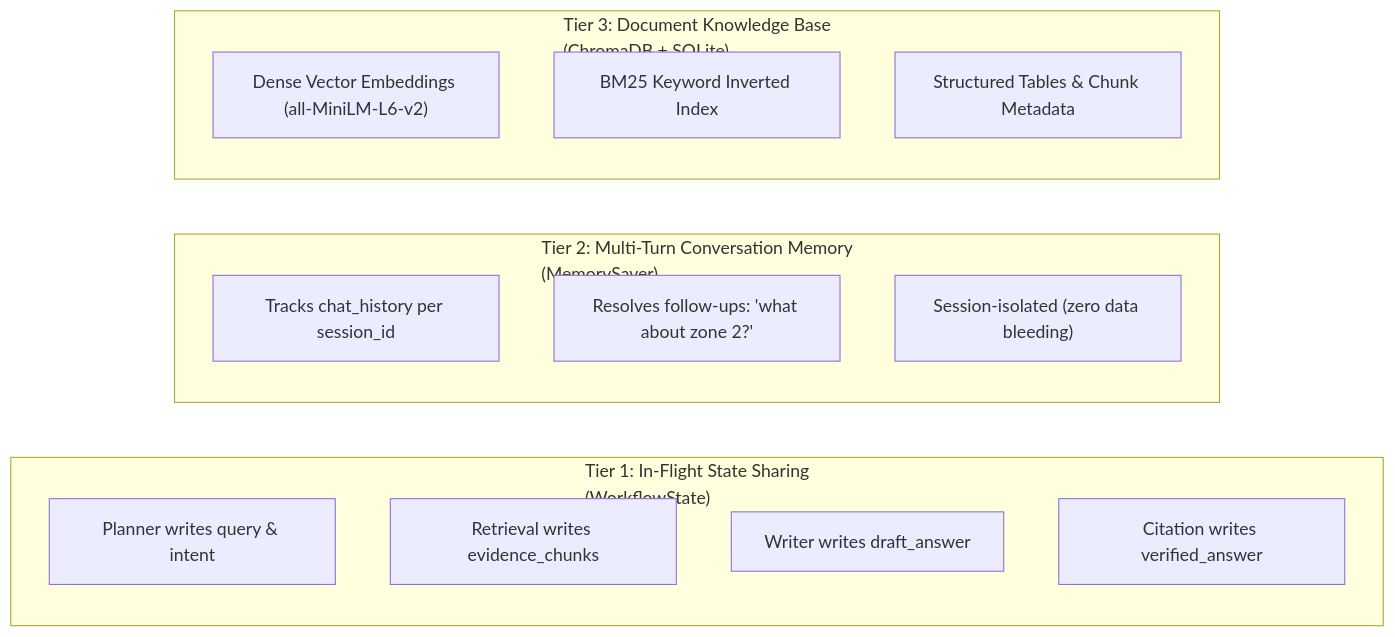
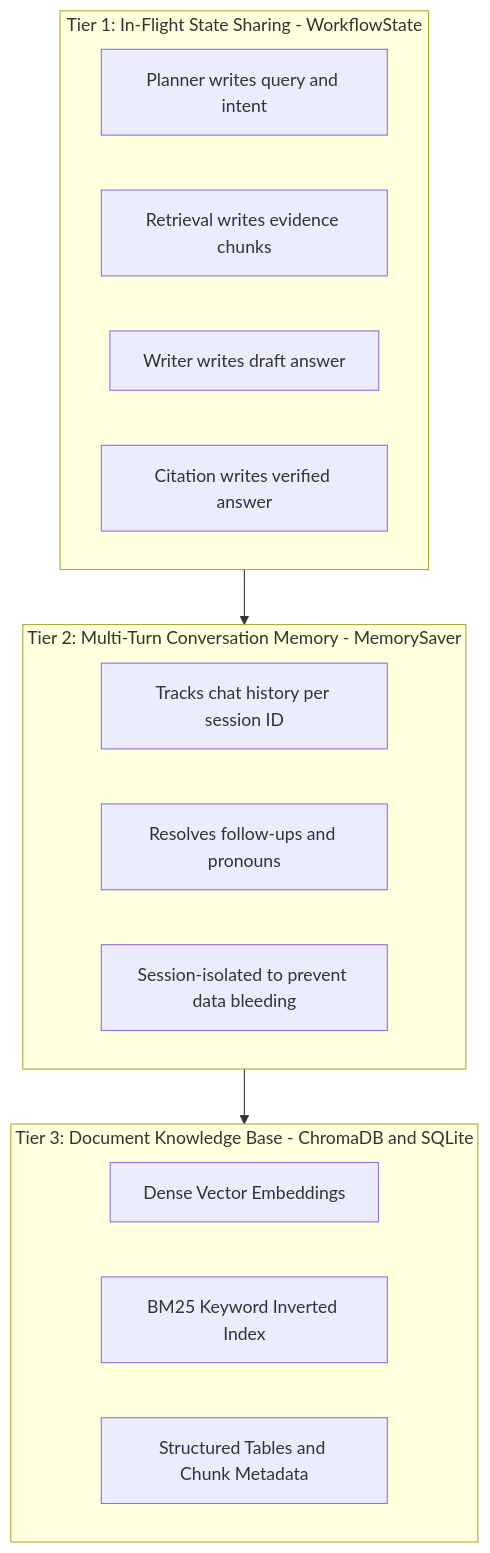
One commit to kartikkukde03/NexusRAG-Supervised-Multi-Agent-RAG-Platform- changed the fourth of 5 diagrams in architecture_plan.md. Above: the diagram before and after it, drawn with Mermaid. The commit also changed other lines of this file, not shown here.

Commit message:
fix(docs): resolve Mermaid syntax parse errors in architecture_plan.md

````diff
--- a/architecture_plan.md
+++ b/architecture_plan.md
@@ -125,24 +119,23 @@
 ```mermaid
-flowchart LR
-    subgraph Tier1 ["Tier 1: In-Flight State Sharing\n(WorkflowState)"]
-        direction TB
-        T1A["Planner writes query & intent"]
-        T1B["Retrieval writes evidence_chunks"]
-        T1C["Writer writes draft_answer"]
-        T1D["Citation writes verified_answer"]
+flowchart TD
+    subgraph Tier1 ["Tier 1: In-Flight State Sharing - WorkflowState"]
+        T1A["Planner writes query and intent"]
+        T1B["Retrieval writes evidence chunks"]
+        T1C["Writer writes draft answer"]
+        T1D["Citation writes verified answer"]
     end
 
-    subgraph Tier2 ["Tier 2: Multi-Turn Conversation Memory\n(MemorySaver)"]
-        direction TB
-        T2A["Tracks chat_history per session_id"]
-        T2B["Resolves follow-ups: 'what about zone 2?'"]
-        T2C["Session-isolated (zero data bleeding)"]
+    subgraph Tier2 ["Tier 2: Multi-Turn Conversation Memory - MemorySaver"]
+        T2A["Tracks chat history per session ID"]
+        T2B["Resolves follow-ups and pronouns"]
+        T2C["Session-isolated to prevent data bleeding"]
     end
 
-    subgraph Tier3 ["Tier 3: Document Knowledge Base\n(ChromaDB + SQLite)"]
-        direction TB
-        T3A["Dense Vector Embeddings (all-MiniLM-L6-v2)"]
+    subgraph Tier3 ["Tier 3: Document Knowledge Base - ChromaDB and SQLite"]
+        T3A["Dense Vector Embeddings"]
         T3B["BM25 Keyword Inverted Index"]
-        T3C["Structured Tables & Chunk Metadata"]
+        T3C["Structured Tables and Chunk Metadata"]
     end
+
+    Tier1 --> Tier2 --> Tier3
 ```
````
